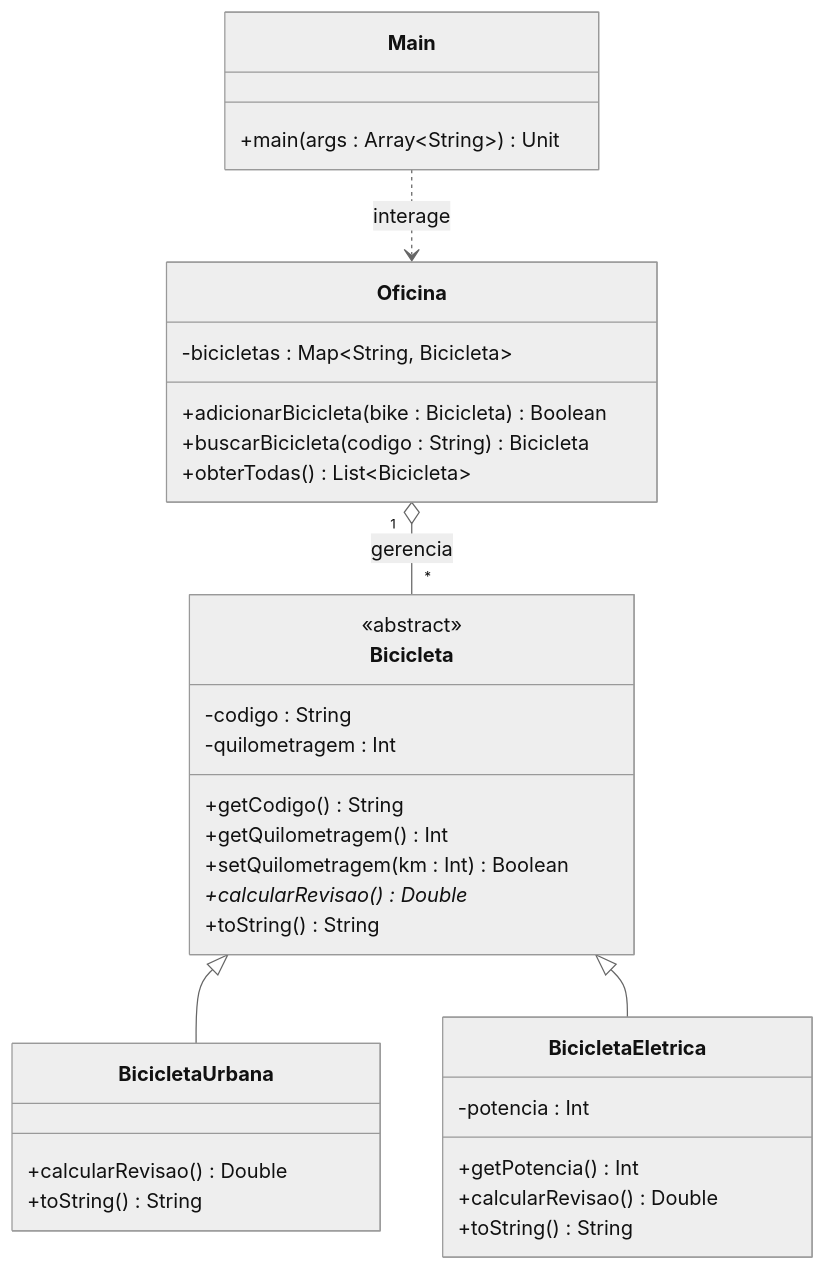
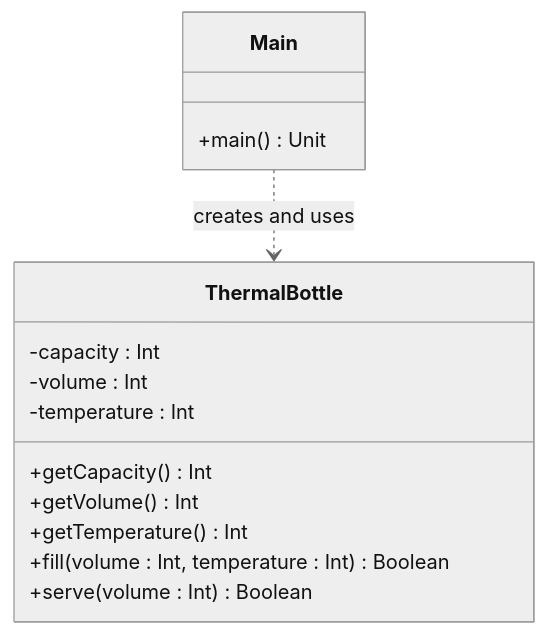
One commit to marquinvitor/Forja changed the diagram in output/Questão-01/README.md. Above: the diagram before and after it, drawn with Mermaid (neutral theme). The commit also changed other lines of this file and 23 other files, not shown here.

````diff
--- a/output/Questão-01/README.md
+++ b/output/Questão-01/README.md
@@ -69,44 +56,22 @@
 ```mermaid
 %%{init: { "fontFamily": "monospace" } }%%
 classDiagram
     direction TB
 
-    class Bicicleta {
-        <<abstract>>
-        -codigo : String
-        -quilometragem : Int
-        +getCodigo() String
-        +getQuilometragem() Int
-        +setQuilometragem(km : Int) Boolean
-        +calcularRevisao()* Double
-        +toString() String
-    }
-
-    class BicicletaUrbana {
-        +calcularRevisao() Double
-        +toString() String
-    }
-
-    class BicicletaEletrica {
-        -potencia : Int
-        +getPotencia() Int
-        +calcularRevisao() Double
-        +toString() String
-    }
-
-    class Oficina {
-        -bicicletas : Map~String, Bicicleta~
-        +adicionarBicicleta(bike : Bicicleta) Boolean
-        +buscarBicicleta(codigo : String) Bicicleta
-        +obterTodas() List~Bicicleta~
+    class ThermalBottle {
+        -capacity : Int
+        -volume : Int
+        -temperature : Int
+        +getCapacity() Int
+        +getVolume() Int
+        +getTemperature() Int
+        +fill(volume : Int, temperature : Int) Boolean
+        +serve(volume : Int) Boolean
     }
 
     class Main {
-        +main(args : Array~String~) Unit
+        +main() Unit
     }
 
-    Bicicleta <|-- BicicletaUrbana
-    Bicicleta <|-- BicicletaEletrica
-    Oficina "1" o-- "*" Bicicleta : gerencia
-    Main ..> Oficina : interage
+    Main ..> ThermalBottle : creates and uses
 ```
````
